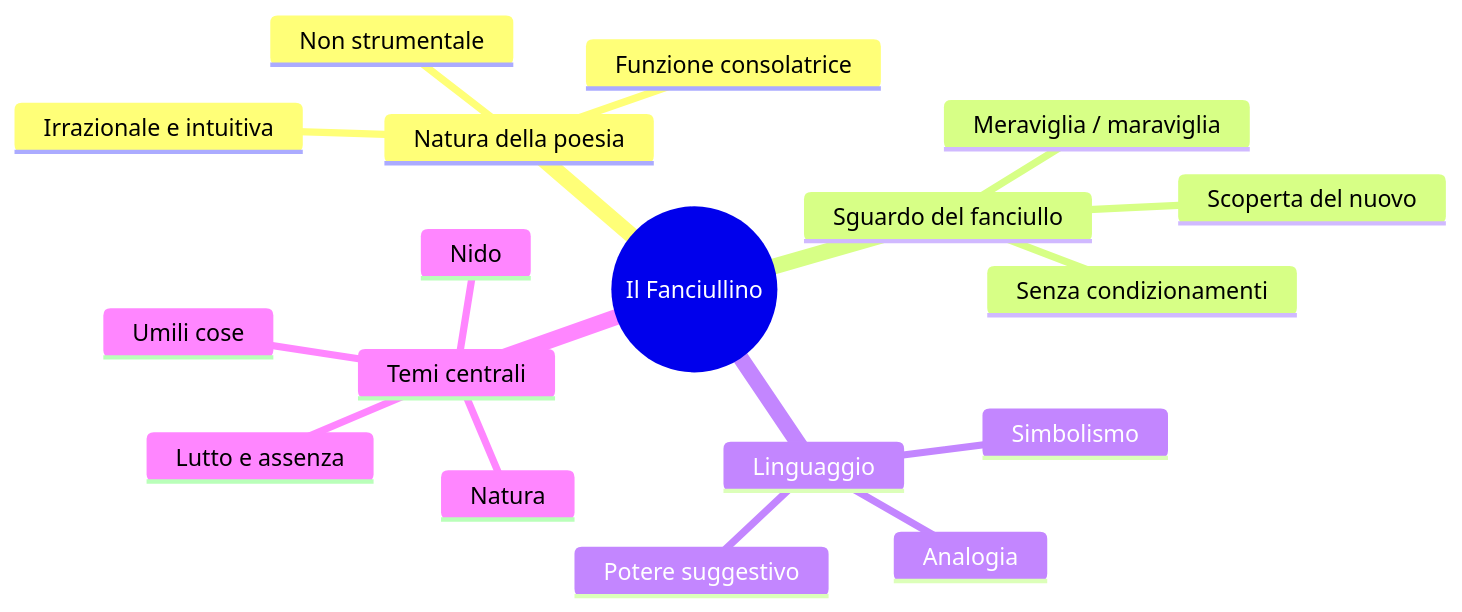
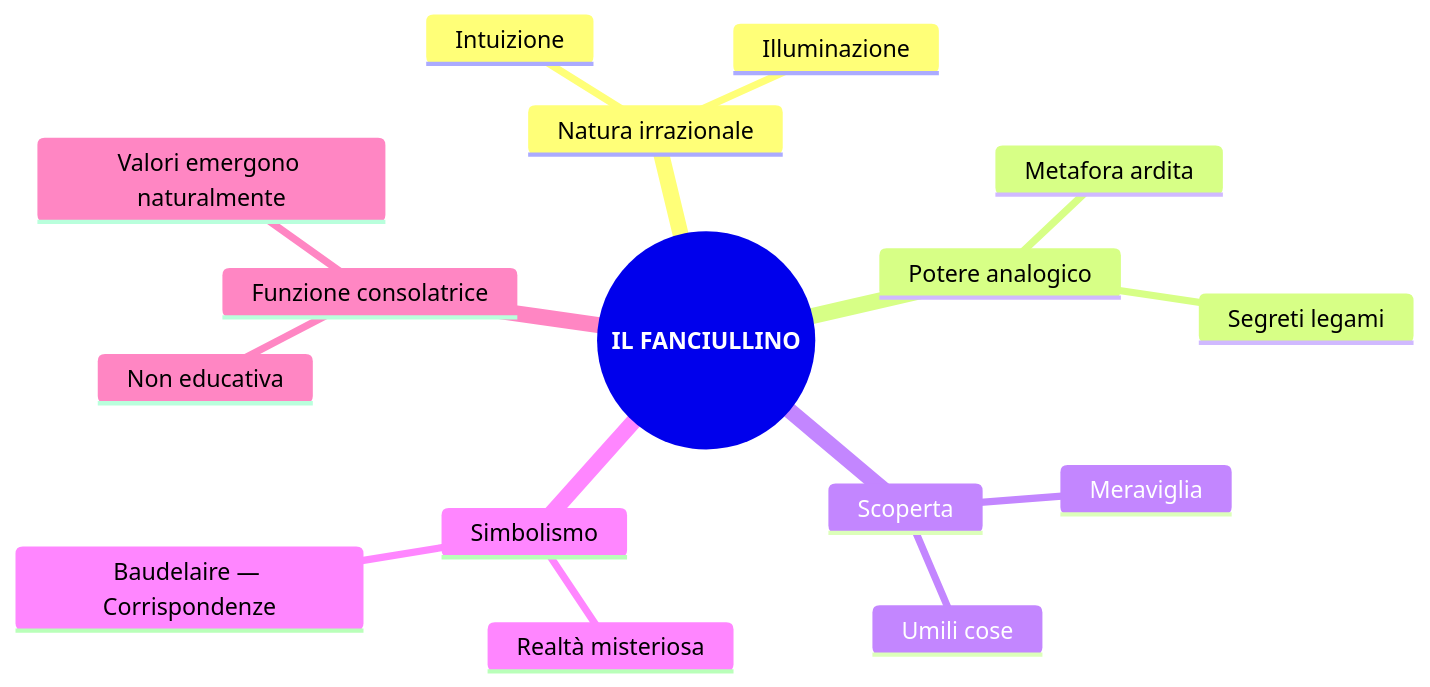
The second of 2 diagrams in esame/italiano/italiano(appunti-studio-anno)/pascoli/pascoli-riassunto.md (riccardo-algorime/appunti-5Bsa), drawn with Mermaid before and after one commit. The commit also changed other lines of this file and 6 other files, not shown here.

````diff
--- a/esame/italiano/italiano(appunti-studio-anno)/pascoli/pascoli-riassunto.md
+++ b/esame/italiano/italiano(appunti-studio-anno)/pascoli/pascoli-riassunto.md
@@ -106,21 +199,19 @@
 ```mermaid
 mindmap
-  root((Il Fanciullino))
-    Natura della poesia
-      Irrazionale e intuitiva
-      Non strumentale
-      Funzione consolatrice
-    Sguardo del fanciullo
-      Meraviglia / maraviglia
-      Scoperta del nuovo
-      Senza condizionamenti
-    Linguaggio
-      Analogia
-      Simbolismo
-      Potere suggestivo
-    Temi centrali
+  root((**IL FANCIULLINO**))
+    Natura irrazionale
+      Intuizione
+      Illuminazione
+    Potere analogico
+      Metafora ardita
+      Segreti legami
+    Scoperta
       Umili cose
-      Natura
-      Nido
-      Lutto e assenza
+      Meraviglia
+    Simbolismo
+      Realtà misteriosa
+      Baudelaire — Corrispondenze
+    Funzione consolatrice
+      Non educativa
+      Valori emergono naturalmente
 ```
````
